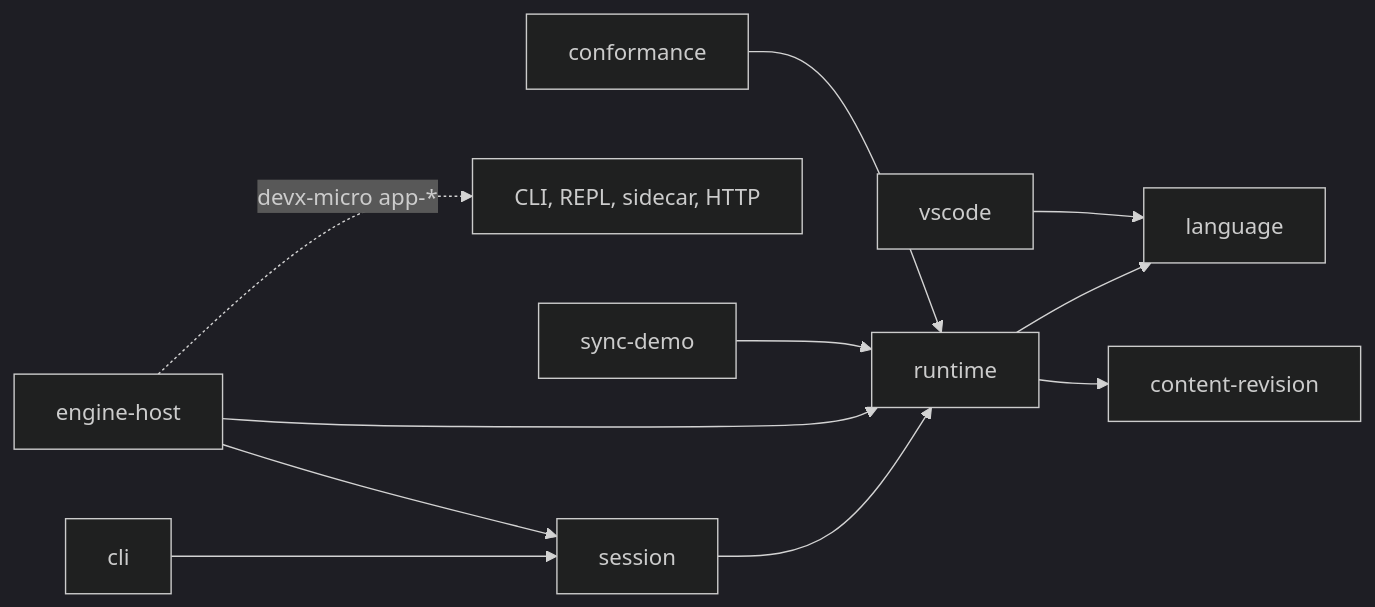
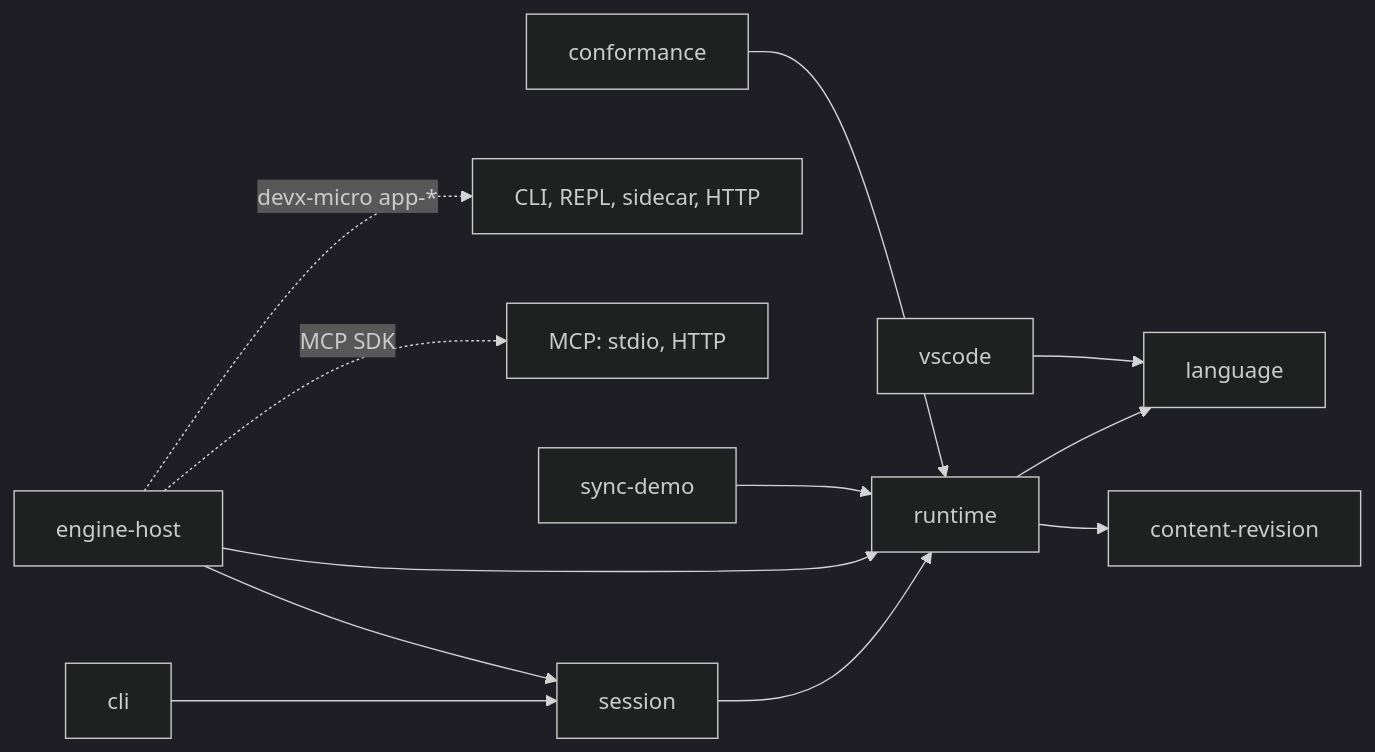
Before and after one commit to typedblite/typedblite: the second of 2 diagrams in AGENTS.md, drawn with Mermaid (dark theme). The commit also changed other lines of this file and 20 other files, not shown here.

First line of the commit message:
feat(engine-host): MCP over stdio and loopback HTTP, read-only unless --mcp-write

````diff
--- a/AGENTS.md
+++ b/AGENTS.md
@@ -27,13 +27,14 @@
 ```mermaid
 flowchart LR
   cli --> session
   session --> runtime
   engine-host --> session
   engine-host -.->|devx-micro app-*| transports[CLI, REPL, sidecar, HTTP]
+  engine-host -.->|MCP SDK| mcp[MCP: stdio, HTTP]
   engine-host --> runtime
   sync-demo --> runtime
   conformance --> runtime
   runtime --> language
   runtime --> content-revision
   vscode --> language
 ```
````
